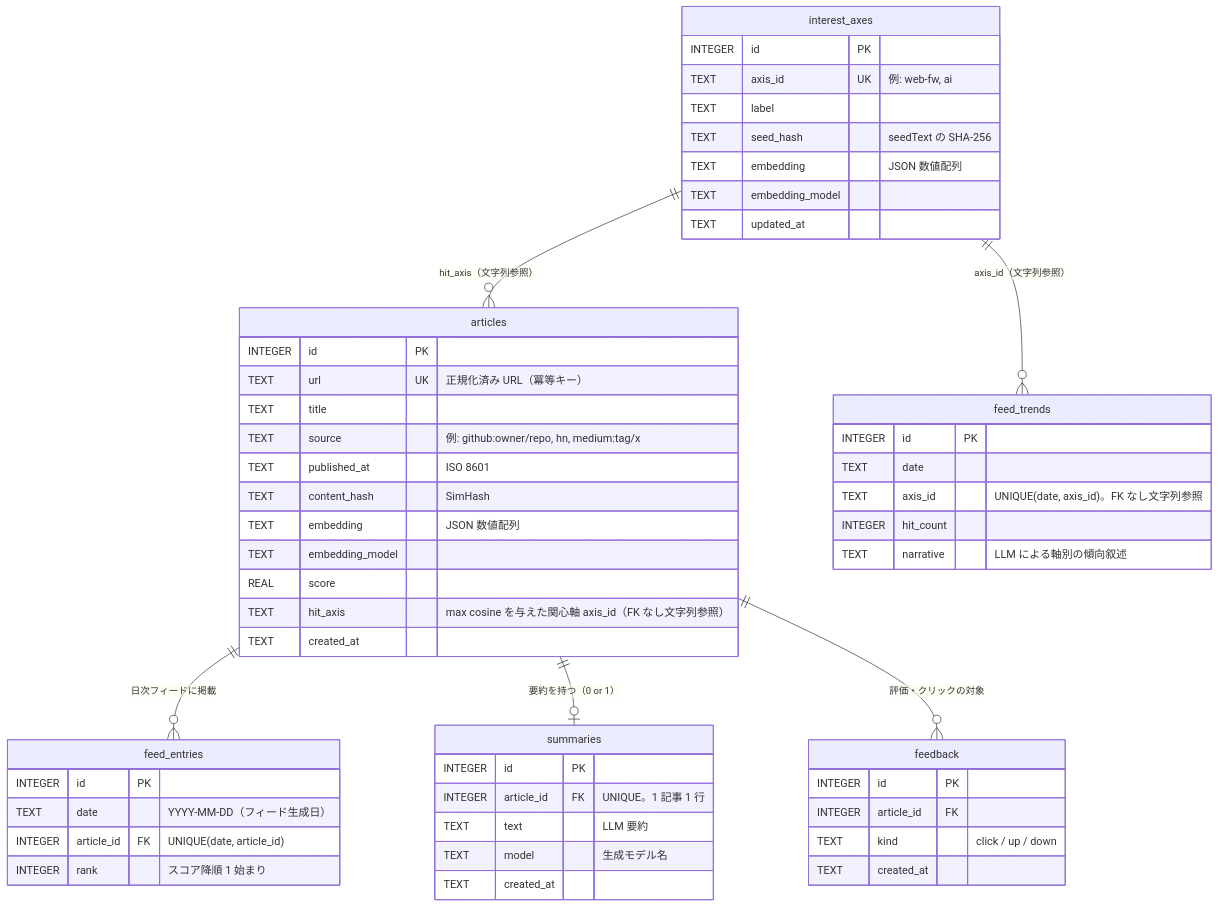
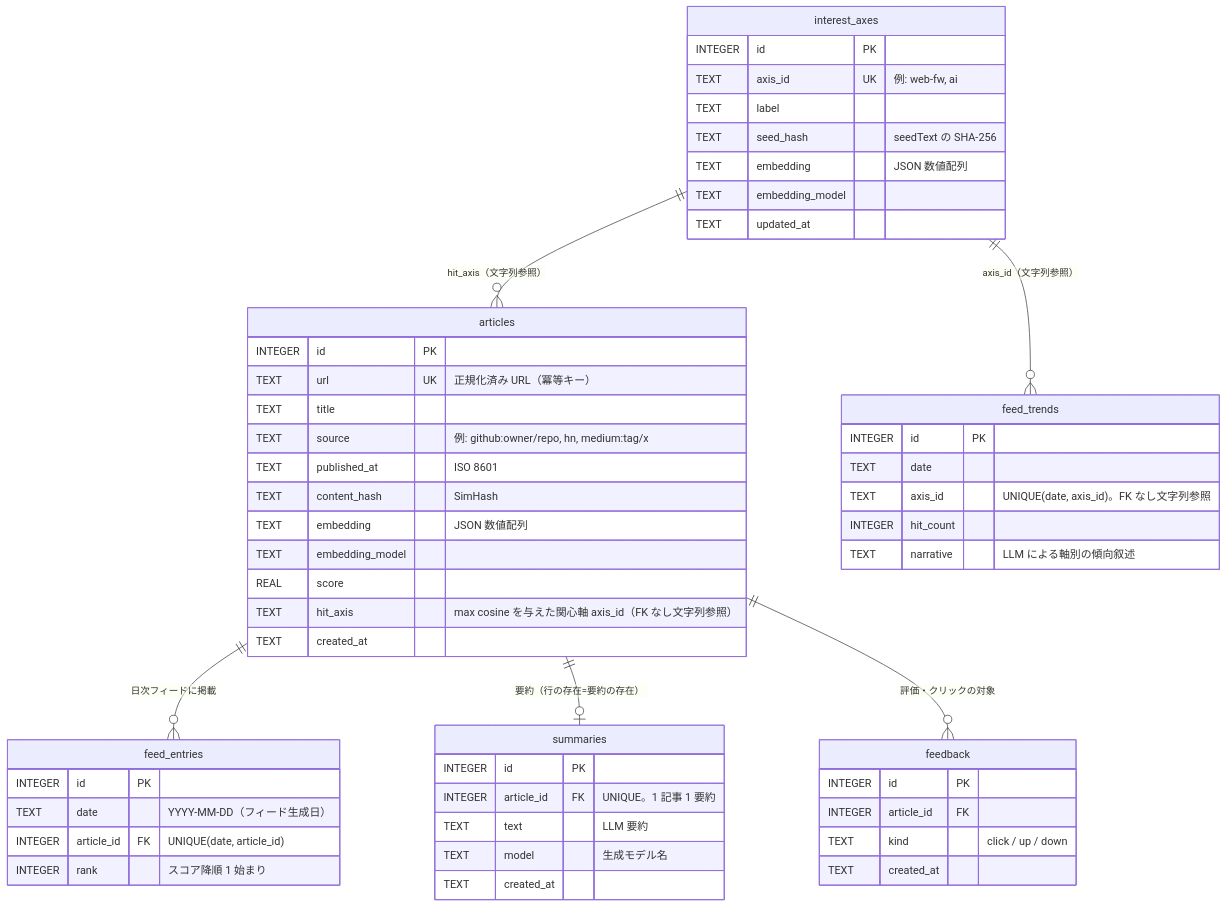
One commit to cancer/ai-curator changed the diagram in docs/06_er_diagram.md. Above: the diagram before and after it, drawn with Mermaid. The commit also changed other lines of this file, not shown here.

First line of the commit message:
docs: ER図の summaries 補足を実装（daily.ts の delete→insert 非消失・article_id 導出）に合わせて拡充

````diff
--- a/docs/06_er_diagram.md
+++ b/docs/06_er_diagram.md
@@ -12,62 +12,62 @@
 ```mermaid
 erDiagram
     articles {
         INTEGER id PK
         TEXT url UK "正規化済み URL（冪等キー）"
         TEXT title
         TEXT source "例: github:owner/repo, hn, medium:tag/x"
         TEXT published_at "ISO 8601"
         TEXT content_hash "SimHash"
         TEXT embedding "JSON 数値配列"
         TEXT embedding_model
         REAL score
         TEXT hit_axis "max cosine を与えた関心軸 axis_id（FK なし文字列参照）"
         TEXT created_at
     }
 
     interest_axes {
         INTEGER id PK
         TEXT axis_id UK "例: web-fw, ai"
         TEXT label
         TEXT seed_hash "seedText の SHA-256"
         TEXT embedding "JSON 数値配列"
         TEXT embedding_model
         TEXT updated_at
     }
 
     feed_entries {
         INTEGER id PK
         TEXT date "YYYY-MM-DD（フィード生成日）"
         INTEGER article_id FK "UNIQUE(date, article_id)"
         INTEGER rank "スコア降順 1 始まり"
     }
 
     summaries {
         INTEGER id PK
-        INTEGER article_id FK "UNIQUE。1 記事 1 行"
+        INTEGER article_id FK "UNIQUE。1 記事 1 要約"
         TEXT text "LLM 要約"
         TEXT model "生成モデル名"
         TEXT created_at
     }
 
     feedback {
         INTEGER id PK
         INTEGER article_id FK
         TEXT kind "click / up / down"
         TEXT created_at
     }
 
     feed_trends {
         INTEGER id PK
         TEXT date
         TEXT axis_id "UNIQUE(date, axis_id)。FK なし文字列参照"
         INTEGER hit_count
         TEXT narrative "LLM による軸別の傾向叙述"
     }
 
     articles ||--o{ feed_entries : "日次フィードに掲載"
-    articles ||--o| summaries : "要約を持つ（0 or 1）"
+    articles ||--o| summaries : "要約（行の存在=要約の存在）"
     articles ||--o{ feedback : "評価・クリックの対象"
     interest_axes ||--o{ articles : "hit_axis（文字列参照）"
     interest_axes ||--o{ feed_trends : "axis_id（文字列参照）"
 ```
````
